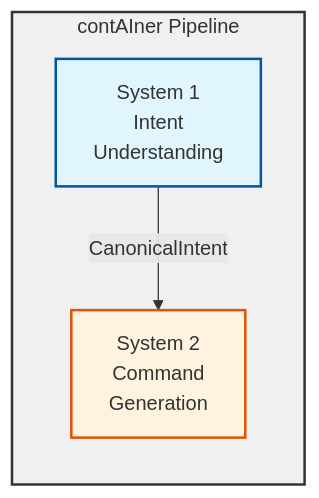
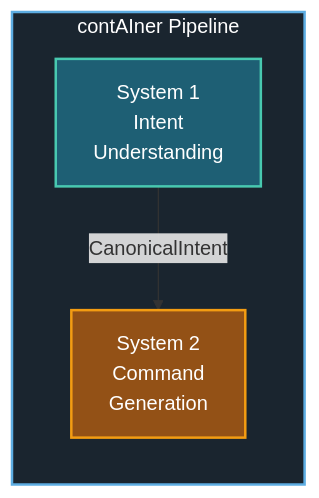
The first of 3 diagrams in docs/integration/README.md (sumit-s-nair/contAIner), drawn with Mermaid before and after one commit. The commit also changed other lines of this file and 2 other files, not shown here.

Commit message:
docs: update architecture diagrams with new color scheme

````diff
--- a/docs/integration/README.md
+++ b/docs/integration/README.md
@@ -11,13 +11,13 @@
 ```mermaid
 flowchart LR
     subgraph contAIner["contAIner Pipeline"]
         System1["System 1\nIntent\nUnderstanding"]
         System2["System 2\nCommand\nGeneration"]
         
         System1 -->|"CanonicalIntent"| System2
     end
     
-    style contAIner fill:#f0f0f0,stroke:#333,stroke-width:2px
-    style System1 fill:#e1f5fe,stroke:#01579b,stroke-width:2px
-    style System2 fill:#fff3e0,stroke:#e65100,stroke-width:2px
+    style contAIner fill:#1a252f,stroke:#5dade2,stroke-width:2px,color:#fff
+    style System1 fill:#1e5f74,stroke:#48c9b0,stroke-width:2px,color:#fff
+    style System2 fill:#935116,stroke:#f39c12,stroke-width:2px,color:#fff
 ```
````
